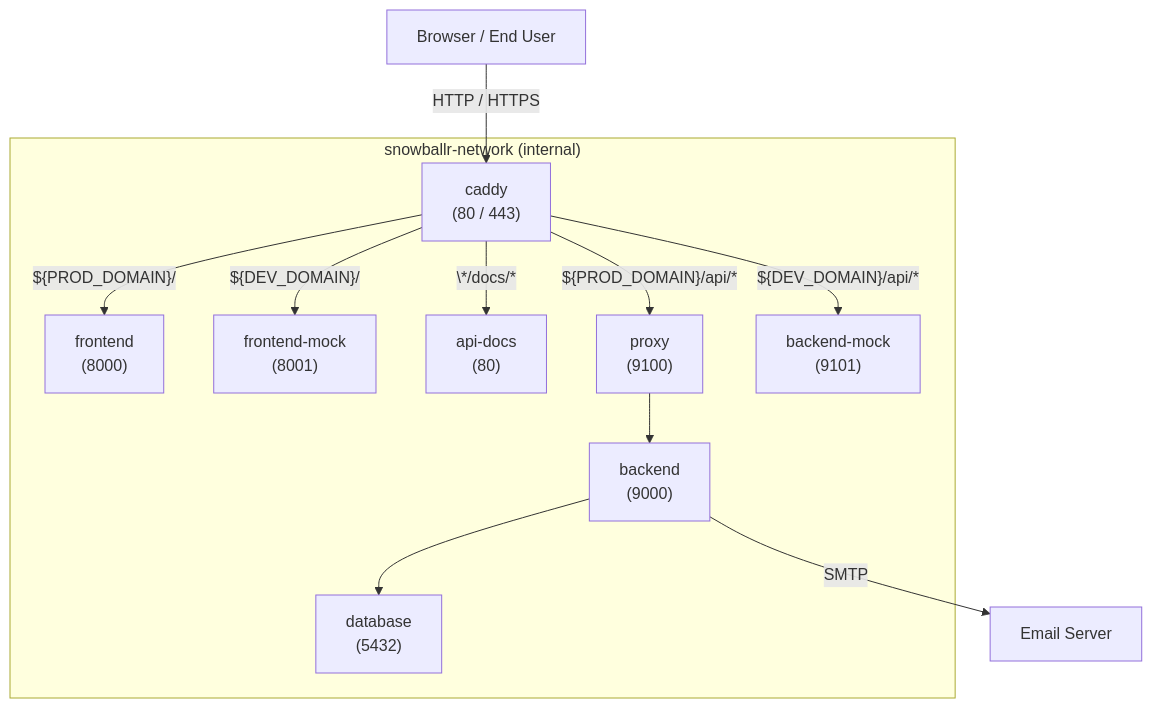
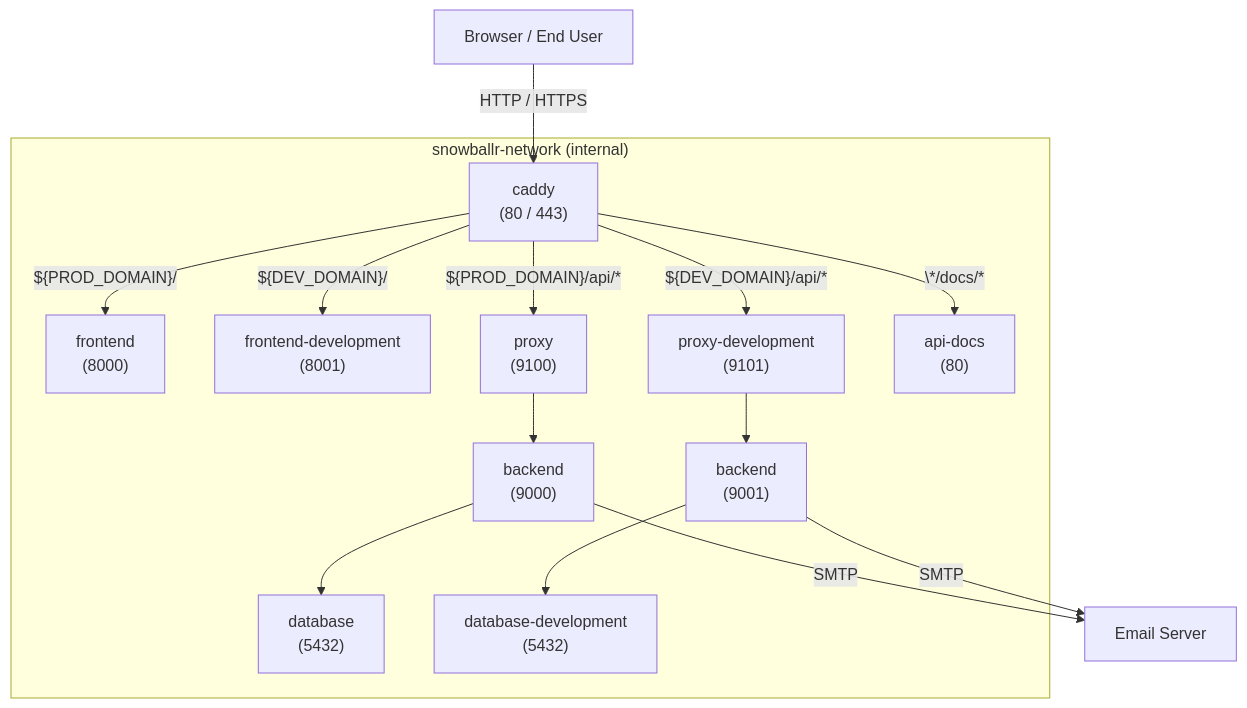
Before and after one commit to SE-UUlm/snowballr: the diagram in wiki/Contributing.md, drawn with Mermaid. The commit also changed other lines of this file, not shown here.

````diff
--- a/wiki/Contributing.md
+++ b/wiki/Contributing.md
@@ -118,33 +124,39 @@
 ```mermaid
 flowchart TB
     %% Clients
     Client[Browser / End User]
 
     %% Networks
     subgraph SN["snowballr-network (internal)"]
         Caddy["caddy<br/>(80 / 443)"]
         Frontend["frontend<br/>(8000)"]
-        FrontendMock["frontend-mock<br/>(8001)"]
-        ApiDocs["api-docs<br/>(80)"]
+        FrontendDev["frontend-development<br/>(8001)"]
         Proxy["proxy<br/>(9100)"]
         Backend["backend<br/>(9000)"]
-        BackendMock["backend-mock<br/>(9101)"]
         Database["database<br/>(5432)"]
+        ProxyDev["proxy-development<br/>(9101)"]
+        BackendDev["backend<br/>(9001)"]
+        DatabaseDev["database-development<br/>(5432)"]
+        ApiDocs["api-docs<br/>(80)"]
     end
 
     Mail[Email Server]
 
     %% Connections inside snowballr-network
     Caddy -->|"${PROD_DOMAIN}/"| Frontend
-    Caddy -->|"${DEV_DOMAIN}/"| FrontendMock
+    Caddy -->|"${DEV_DOMAIN}/"| FrontendDev
+    Caddy -->|"${PROD_DOMAIN}/api/*"| Proxy
+    Caddy -->|"${DEV_DOMAIN}/api/*"| ProxyDev
     Caddy -->|"\*/docs/*"| ApiDocs
-    Caddy -->|"${PROD_DOMAIN}/api/*"| Proxy
-    Caddy -->|"${DEV_DOMAIN}/api/*"| BackendMock
 
     Proxy --> Backend
     Backend --> Database
 
+    ProxyDev --> BackendDev
+    BackendDev --> DatabaseDev
+
     %% External communications
     Client -->|HTTP / HTTPS| Caddy
     Backend -->|SMTP| Mail
+    BackendDev -->|SMTP| Mail
 ```
````
